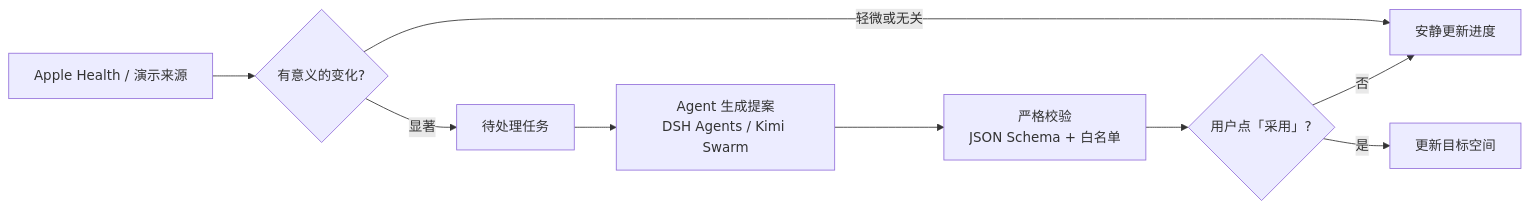
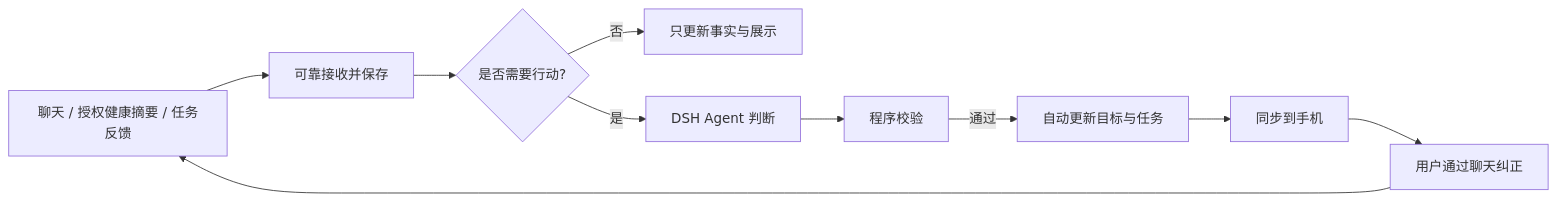
The diagram in README.md (artstur/along), drawn with Mermaid before and after one commit. The commit also changed other lines of this file and 6 other files, not shown here.

Commit message:
docs: record Along local agent architecture and product decisions

````diff
--- a/README.md
+++ b/README.md
@@ -64,11 +79,12 @@
 ```mermaid
 flowchart LR
-    A[Apple Health / 演示来源] --> B{有意义的变化?}
-    B -- 轻微或无关 --> Q[安静更新进度]
-    B -- 显著 --> C[待处理任务]
-    C --> D[Agent 生成提案<br/>DSH Agents / Kimi Swarm]
-    D --> E[严格校验<br/>JSON Schema + 白名单]
-    E --> F{用户点「采用」?}
-    F -- 是 --> G[更新目标空间]
-    F -- 否 --> Q
+    A[聊天 / 授权健康摘要 / 任务反馈] --> B[可靠接收并保存]
+    B --> C{是否需要行动?}
+    C -- 否 --> Q[只更新事实与展示]
+    C -- 是 --> D[DSH Agent 判断]
+    D --> E[程序校验]
+    E -- 通过 --> F[自动更新目标与任务]
+    F --> G[同步到手机]
+    G --> H[用户通过聊天纠正]
+    H --> A
 ```
````
